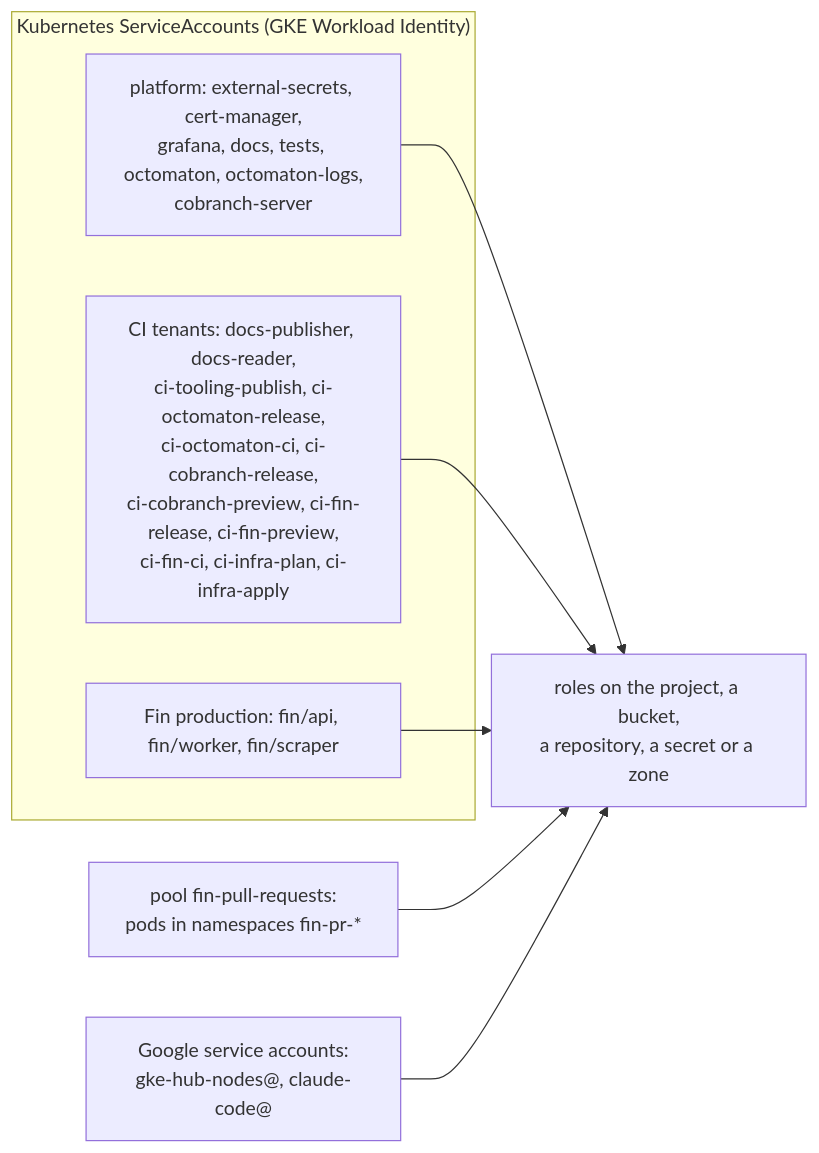
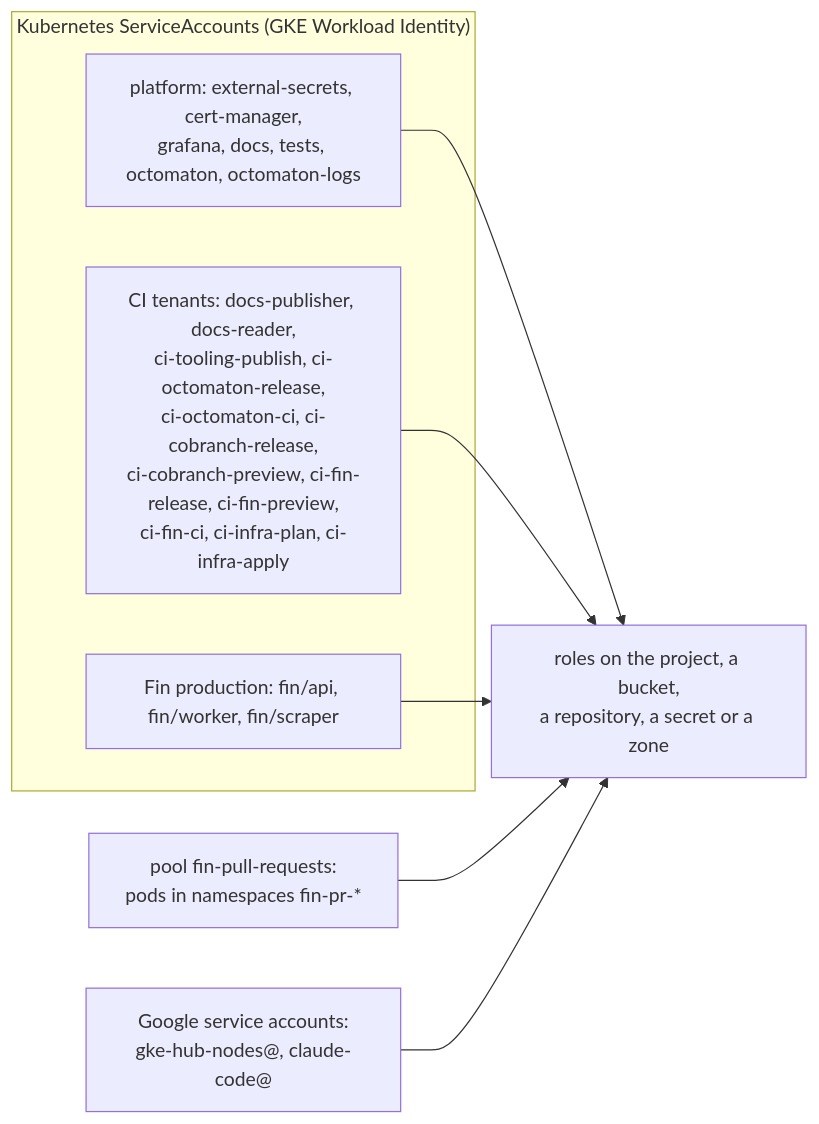
Before and after one commit to arikkfir-org/infra: the second of 2 diagrams in docs/infra/terraform/gcp.md, drawn with Mermaid. The commit also changed other lines of this file and 8 other files, not shown here.

````diff
--- a/docs/infra/terraform/gcp.md
+++ b/docs/infra/terraform/gcp.md
@@ -164,11 +164,11 @@
 ```mermaid
 flowchart LR
   subgraph k8s["Kubernetes ServiceAccounts (GKE Workload Identity)"]
-    PLAT["platform: external-secrets, cert-manager,<br/>grafana, docs, tests, octomaton, octomaton-logs,<br/>cobranch-server"]
+    PLAT["platform: external-secrets, cert-manager,<br/>grafana, docs, tests, octomaton, octomaton-logs"]
     TEN["CI tenants: docs-publisher, docs-reader,<br/>ci-tooling-publish, ci-octomaton-release,<br/>ci-octomaton-ci, ci-cobranch-release,<br/>ci-cobranch-preview, ci-fin-release, ci-fin-preview,<br/>ci-fin-ci, ci-infra-plan, ci-infra-apply"]
     FINP["Fin production: fin/api, fin/worker, fin/scraper"]
   end
   POOL["pool fin-pull-requests:<br/>pods in namespaces fin-pr-*"]
   GSA["Google service accounts:<br/>gke-hub-nodes@, claude-code@"]
   PLAT & TEN & FINP & POOL & GSA --> R["roles on the project, a bucket,<br/>a repository, a secret or a zone"]
 ```
````
